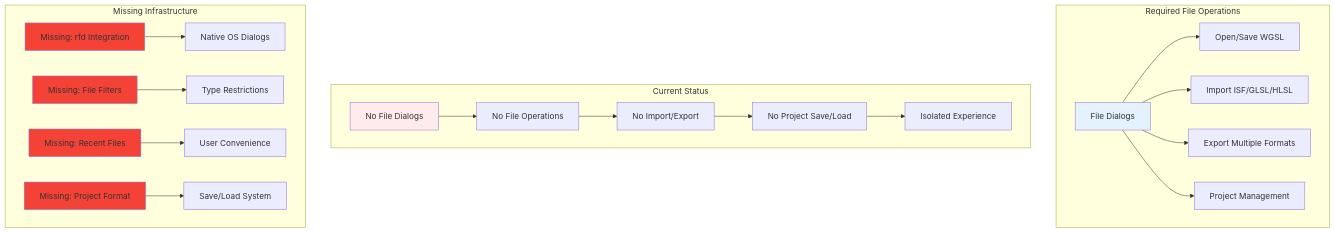
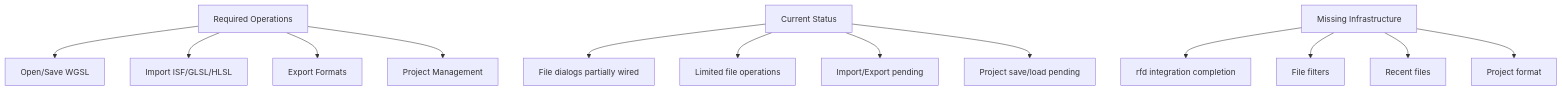
The sixth of 11 diagrams in docs/WGSL_Shader_Studio_Technical_Architecture_Current.md (compiling-org/WGSL-Shader-Studio), drawn with Mermaid before and after one commit. The commit also changed other lines of this file and 37 other files, not shown here.

Commit message:
docs: reality-aligned content updates; diagrams unchanged; roadmap fix; systems reference wiring; PRD narrative adjusted; tech-arch reference note

````diff
--- a/docs/WGSL_Shader_Studio_Technical_Architecture_Current.md
+++ b/docs/WGSL_Shader_Studio_Technical_Architecture_Current.md
@@ -183,30 +85,15 @@
 ```mermaid
-graph TD
-    subgraph "Required File Operations"
-        A[File Dialogs] --> B[Open/Save WGSL]
-        A --> C[Import ISF/GLSL/HLSL]
-        A --> D[Export Multiple Formats]
-        A --> E[Project Management]
-    end
-    
-    subgraph "Current Status"
-        F[No File Dialogs] --> G[No File Operations]
-        G --> H[No Import/Export]
-        H --> I[No Project Save/Load]
-        I --> J[Isolated Experience]
-    end
-    
-    subgraph "Missing Infrastructure"
-        K[Missing: rfd Integration] --> L[Native OS Dialogs]
-        M[Missing: File Filters] --> N[Type Restrictions]
-        O[Missing: Recent Files] --> P[User Convenience]
-        Q[Missing: Project Format] --> R[Save/Load System]
-    end
-    
-    style A fill:#e3f2fd
-    style F fill:#ffebee
-    style K fill:#f44336
-    style M fill:#f44336
-    style O fill:#f44336
-    style Q fill:#f44336
+flowchart TD
+    Required[Required Operations] --> Dialogs[Open/Save WGSL]
+    Required --> Import[Import ISF/GLSL/HLSL]
+    Required --> Export[Export Formats]
+    Required --> Projects[Project Management]
+    Current[Current Status] --> NoDialogs[File dialogs partially wired]
+    Current --> NoOps[Limited file operations]
+    Current --> NoImportExport[Import/Export pending]
+    Current --> NoSaveLoad[Project save/load pending]
+    Missing[Missing Infrastructure] --> RfdIntegration[rfd integration completion]
+    Missing --> Filters[File filters]
+    Missing --> Recent[Recent files]
+    Missing --> Format[Project format]
 ```
````
